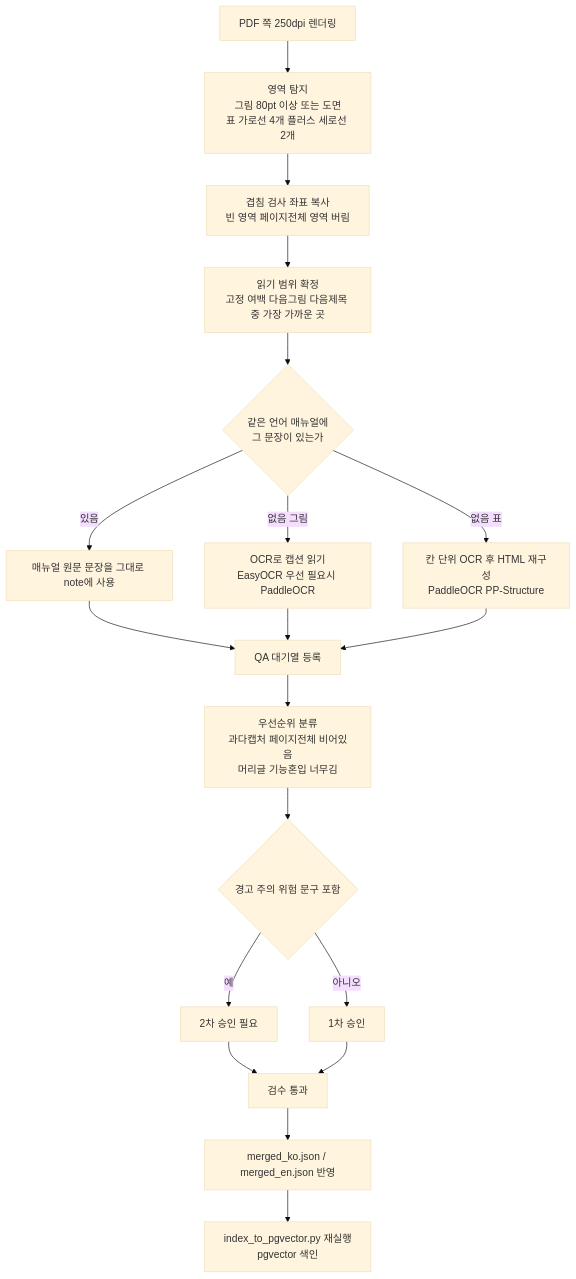
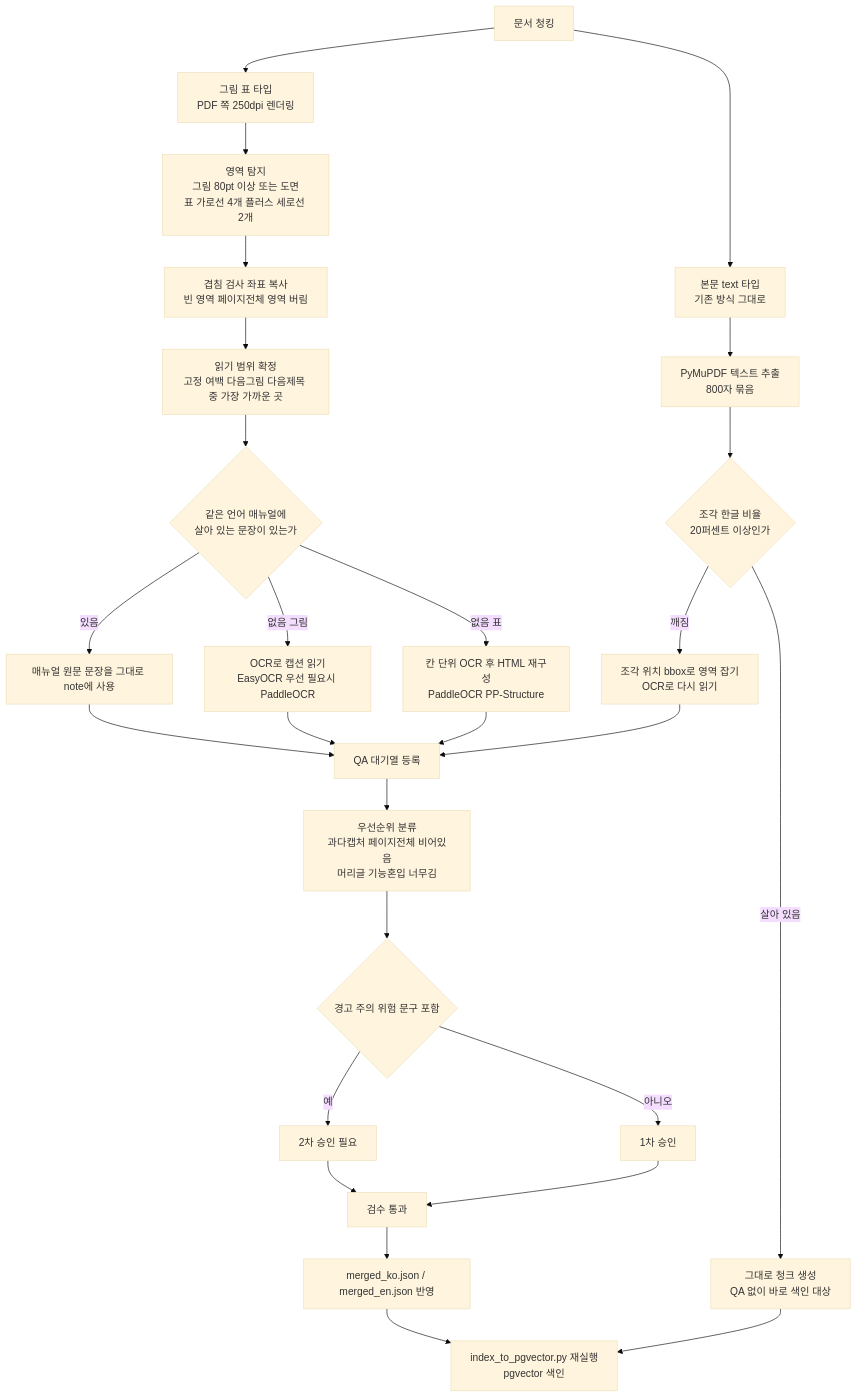
Before and after one commit to cho1203/chatbot-work: the first of 2 diagrams in docs/DEVELOPER_GUIDE_6.md, drawn with Mermaid (base theme). The commit also changed other lines of this file, not shown here.

Commit message:
docs: Update developer guide and remove PDF

````diff
--- a/docs/DEVELOPER_GUIDE_6.md
+++ b/docs/DEVELOPER_GUIDE_6.md
@@ -91,21 +111,29 @@
 ```mermaid
 flowchart TD
-  A["PDF 쪽 250dpi 렌더링"] --> B["영역 탐지<br/>그림 80pt 이상 또는 도면<br/>표 가로선 4개 플러스 세로선 2개"]
+  Z["문서 청킹"] --> Z1["본문 text 타입<br/>기존 방식 그대로"]
+  Z --> A["그림 표 타입<br/>PDF 쪽 250dpi 렌더링"]
+  Z1 --> Z2["PyMuPDF 텍스트 추출<br/>800자 묶음"]
+  Z2 --> Z4{"조각 한글 비율<br/>20퍼센트 이상인가"}
+  Z4 -->|살아 있음| Z3["그대로 청크 생성<br/>QA 없이 바로 색인 대상"]
+  Z4 -->|깨짐| Z5["조각 위치 bbox로 영역 잡기<br/>OCR로 다시 읽기"]
+  A --> B["영역 탐지<br/>그림 80pt 이상 또는 도면<br/>표 가로선 4개 플러스 세로선 2개"]
   B --> C["겹침 검사 좌표 복사<br/>빈 영역 페이지전체 영역 버림"]
   C --> D["읽기 범위 확정<br/>고정 여백 다음그림 다음제목 중 가장 가까운 곳"]
-  D --> E{"같은 언어 매뉴얼에<br/>그 문장이 있는가"}
+  D --> E{"같은 언어 매뉴얼에<br/>살아 있는 문장이 있는가"}
   E -->|있음| F["매뉴얼 원문 문장을 그대로 note에 사용"]
   E -->|없음 그림| G["OCR로 캡션 읽기<br/>EasyOCR 우선 필요시 PaddleOCR"]
   E -->|없음 표| H["칸 단위 OCR 후 HTML 재구성<br/>PaddleOCR PP-Structure"]
   F --> I["QA 대기열 등록"]
   G --> I
   H --> I
+  Z5 --> I
   I --> J["우선순위 분류<br/>과다캡처 페이지전체 비어있음<br/>머리글 기능혼입 너무김"]
   J --> K{"경고 주의 위험 문구 포함"}
   K -->|예| L["2차 승인 필요"]
   K -->|아니오| M["1차 승인"]
   L --> N["검수 통과"]
   M --> N
   N --> O["merged_ko.json / merged_en.json 반영"]
   O --> P["index_to_pgvector.py 재실행<br/>pgvector 색인"]
+  Z3 --> P
 ```
````
